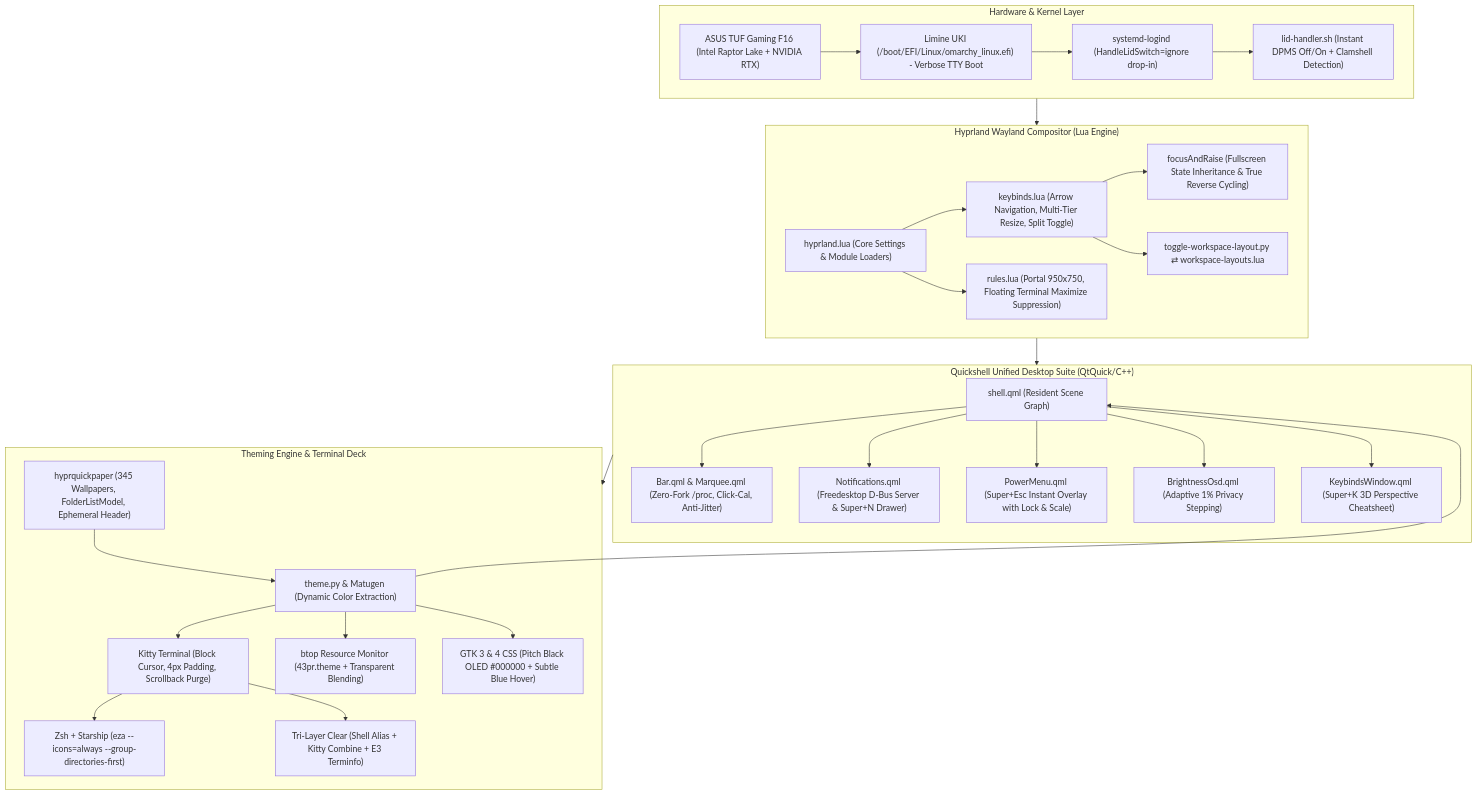
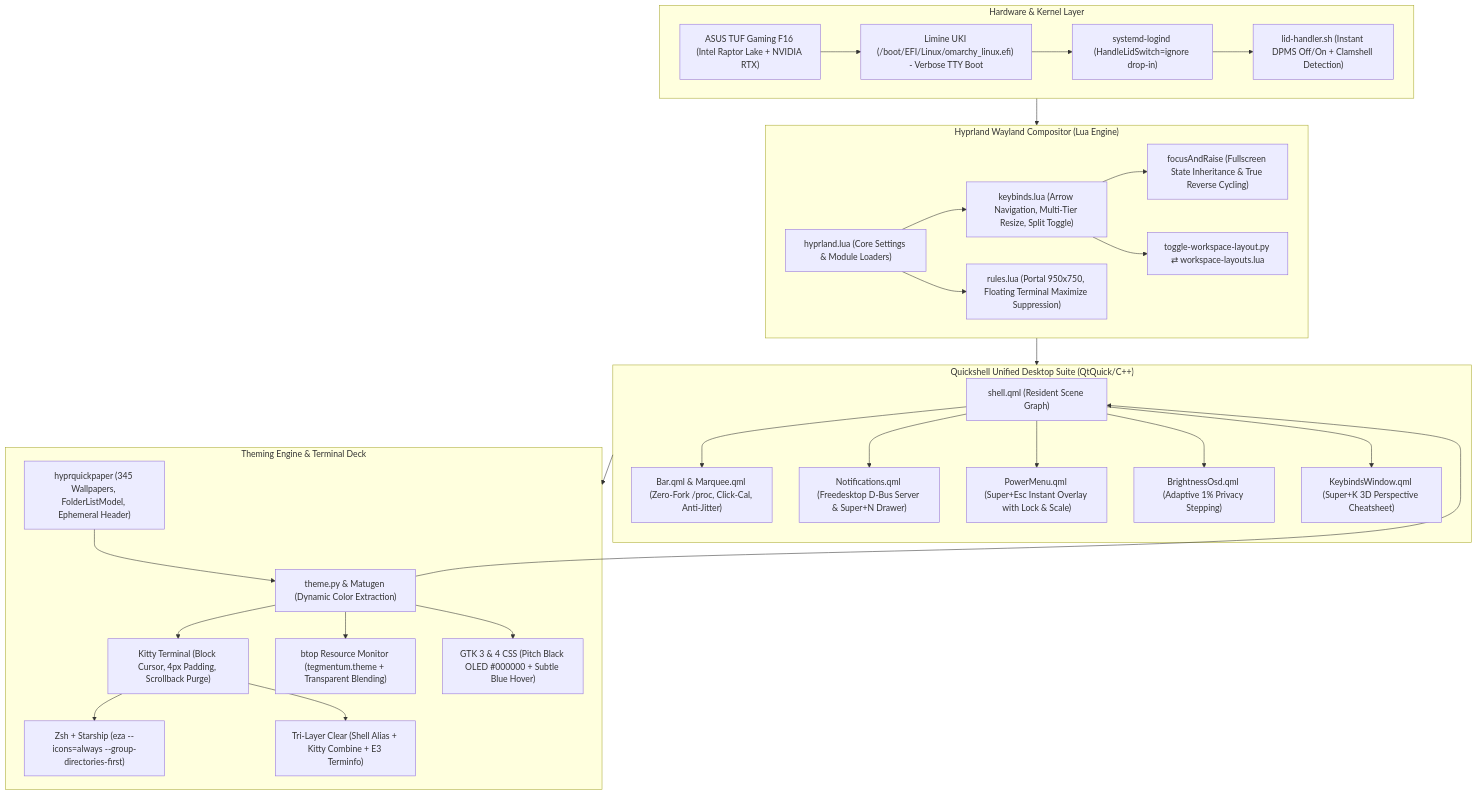
Before and after one commit to vivekananda-2201/Tegmentum-OS: the second of 2 diagrams in docs/SESSION_STORY_AND_CONTEXT.md, drawn with Mermaid. The commit also changed other lines of this file and 28 other files, not shown here.

````diff
--- a/docs/SESSION_STORY_AND_CONTEXT.md
+++ b/docs/SESSION_STORY_AND_CONTEXT.md
@@ -2041,57 +2041,57 @@
 ```mermaid
 flowchart TD
     subgraph HardwareAndKernel ["Hardware & Kernel Layer"]
         HW["ASUS TUF Gaming F16 (Intel Raptor Lake + NVIDIA RTX)"]
         BOOT["Limine UKI (/boot/EFI/Linux/omarchy_linux.efi) - Verbose TTY Boot"]
         SYS["systemd-logind (HandleLidSwitch=ignore drop-in)"]
         LID["lid-handler.sh (Instant DPMS Off/On + Clamshell Detection)"]
         HW --> BOOT --> SYS --> LID
     end
 
     subgraph CompositorLayer ["Hyprland Wayland Compositor (Lua Engine)"]
         CONF["hyprland.lua (Core Settings & Module Loaders)"]
         KEYS["keybinds.lua (Arrow Navigation, Multi-Tier Resize, Split Toggle)"]
         RULES["rules.lua (Portal 950x750, Floating Terminal Maximize Suppression)"]
         FAR["focusAndRaise (Fullscreen State Inheritance & True Reverse Cycling)"]
         LAYOUTS["toggle-workspace-layout.py ⇄ workspace-layouts.lua"]
         CONF --> KEYS
         CONF --> RULES
         KEYS --> FAR
         KEYS --> LAYOUTS
     end
 
     subgraph ShellLayer ["Quickshell Unified Desktop Suite (QtQuick/C++)"]
         QS_CORE["shell.qml (Resident Scene Graph)"]
         BAR["Bar.qml & Marquee.qml (Zero-Fork /proc, Click-Cal, Anti-Jitter)"]
         NOTIF["Notifications.qml (Freedesktop D-Bus Server & Super+N Drawer)"]
         PWR["PowerMenu.qml (Super+Esc Instant Overlay with Lock & Scale)"]
         BRIGHT["BrightnessOsd.qml (Adaptive 1% Privacy Stepping)"]
         KBW["KeybindsWindow.qml (Super+K 3D Perspective Cheatsheet)"]
         QS_CORE --> BAR
         QS_CORE --> NOTIF
         QS_CORE --> PWR
         QS_CORE --> BRIGHT
         QS_CORE --> KBW
     end
 
     subgraph ThemingAndTerminal ["Theming Engine & Terminal Deck"]
         WALL["hyprquickpaper (345 Wallpapers, FolderListModel, Ephemeral Header)"]
         MATUGEN["theme.py & Matugen (Dynamic Color Extraction)"]
         KITTY["Kitty Terminal (Block Cursor, 4px Padding, Scrollback Purge)"]
         EZA["Zsh + Starship (eza --icons=always --group-directories-first)"]
         CLEAR["Tri-Layer Clear (Shell Alias + Kitty Combine + E3 Terminfo)"]
-        BTOP["btop Resource Monitor (43pr.theme + Transparent Blending)"]
+        BTOP["btop Resource Monitor (tegmentum.theme + Transparent Blending)"]
         GTK["GTK 3 & 4 CSS (Pitch Black OLED #000000 + Subtle Blue Hover)"]
         WALL --> MATUGEN
         MATUGEN --> KITTY
         MATUGEN --> BTOP
         MATUGEN --> GTK
         MATUGEN --> QS_CORE
         KITTY --> EZA
         KITTY --> CLEAR
     end
 
     HardwareAndKernel --> CompositorLayer
     CompositorLayer --> ShellLayer
     ShellLayer --> ThemingAndTerminal
 ```
````
